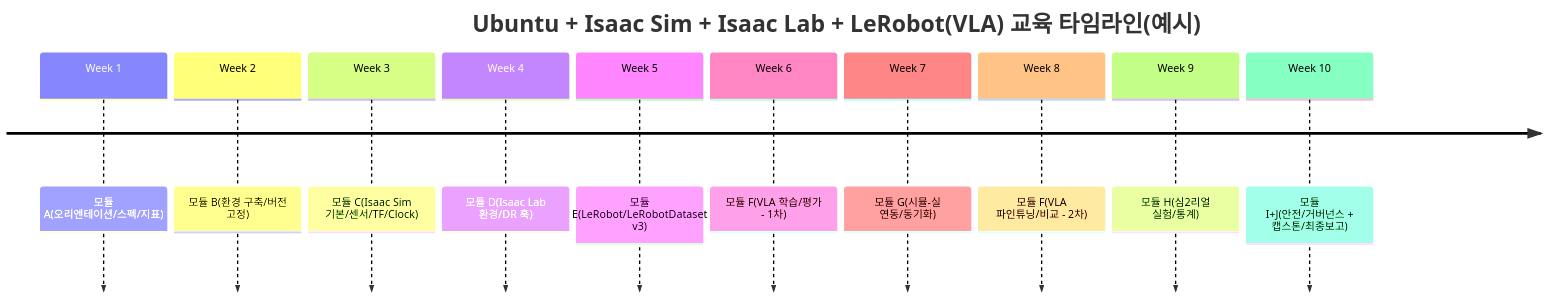
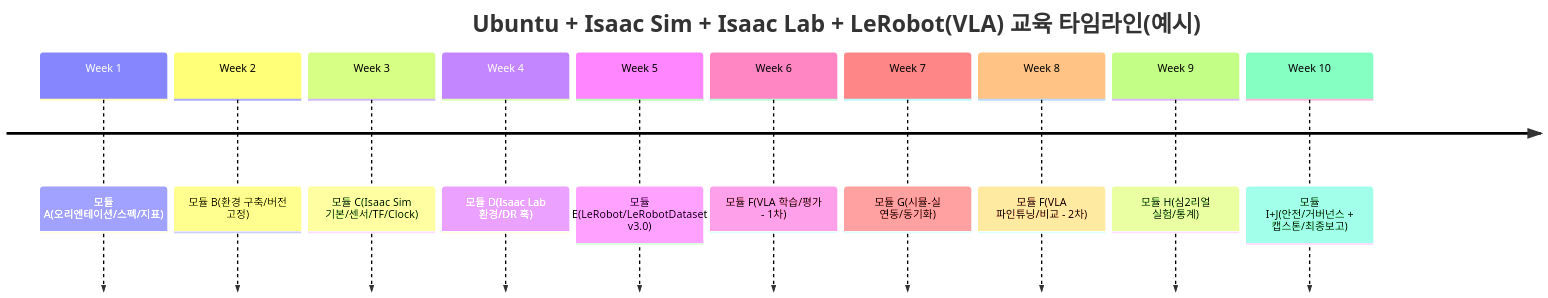
Before and after one commit to miracleagi-official/vla_curriculum: the first of 2 diagrams in readme.md, drawn with Mermaid. The commit also changed other lines of this file, not shown here.

````diff
--- a/readme.md
+++ b/readme.md
@@ -393,14 +395,14 @@
 ```mermaid
 timeline
   title Ubuntu + Isaac Sim + Isaac Lab + LeRobot(VLA) 교육 타임라인(예시)
   Week 1  : 모듈 A(오리엔테이션/스펙/지표)
   Week 2  : 모듈 B(환경 구축/버전 고정)
   Week 3  : 모듈 C(Isaac Sim 기본/센서/TF/Clock)
   Week 4  : 모듈 D(Isaac Lab 환경/DR 훅)
-  Week 5  : 모듈 E(LeRobot/LeRobotDataset v3)
+  Week 5  : 모듈 E(LeRobot/LeRobotDataset v3.0)
   Week 6  : 모듈 F(VLA 학습/평가 - 1차)
   Week 7  : 모듈 G(시뮬-실 연동/동기화)
   Week 8  : 모듈 F(VLA 파인튜닝/비교 - 2차)
   Week 9  : 모듈 H(심2리얼 실험/통계)
   Week 10 : 모듈 I+J(안전/거버넌스 + 캡스톤/최종보고)
 ```
````
